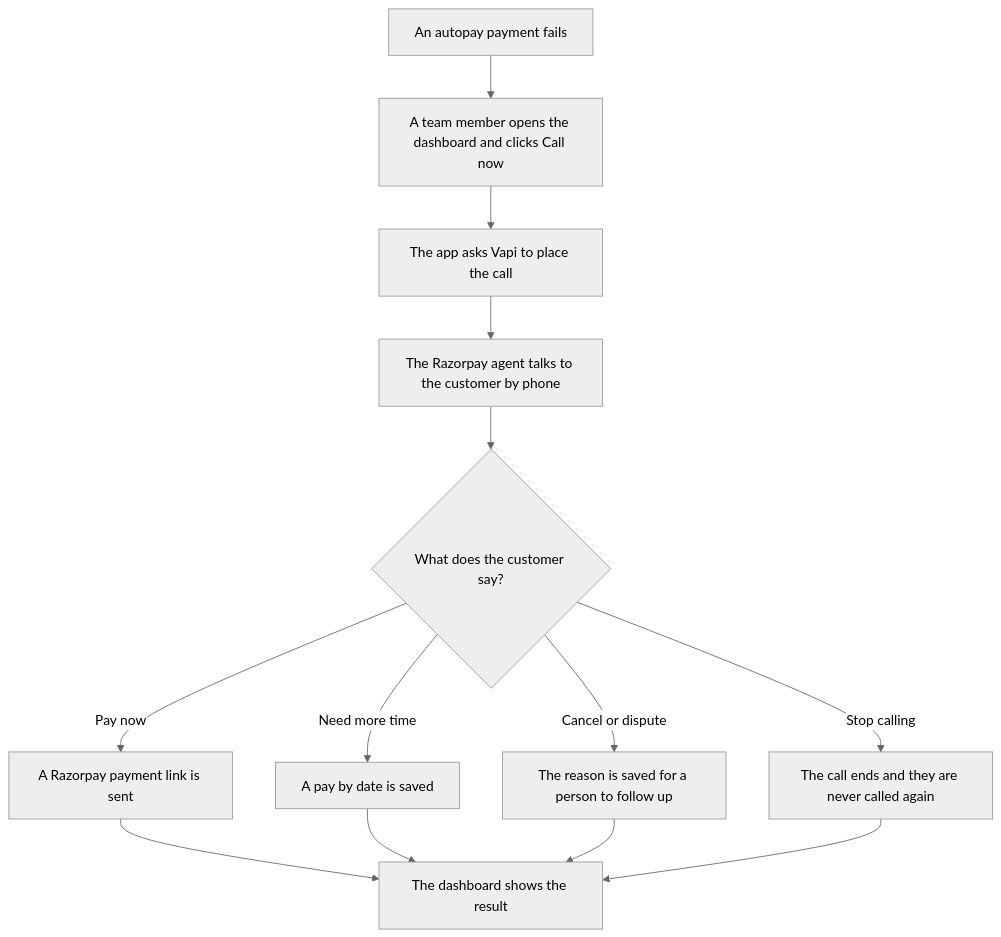
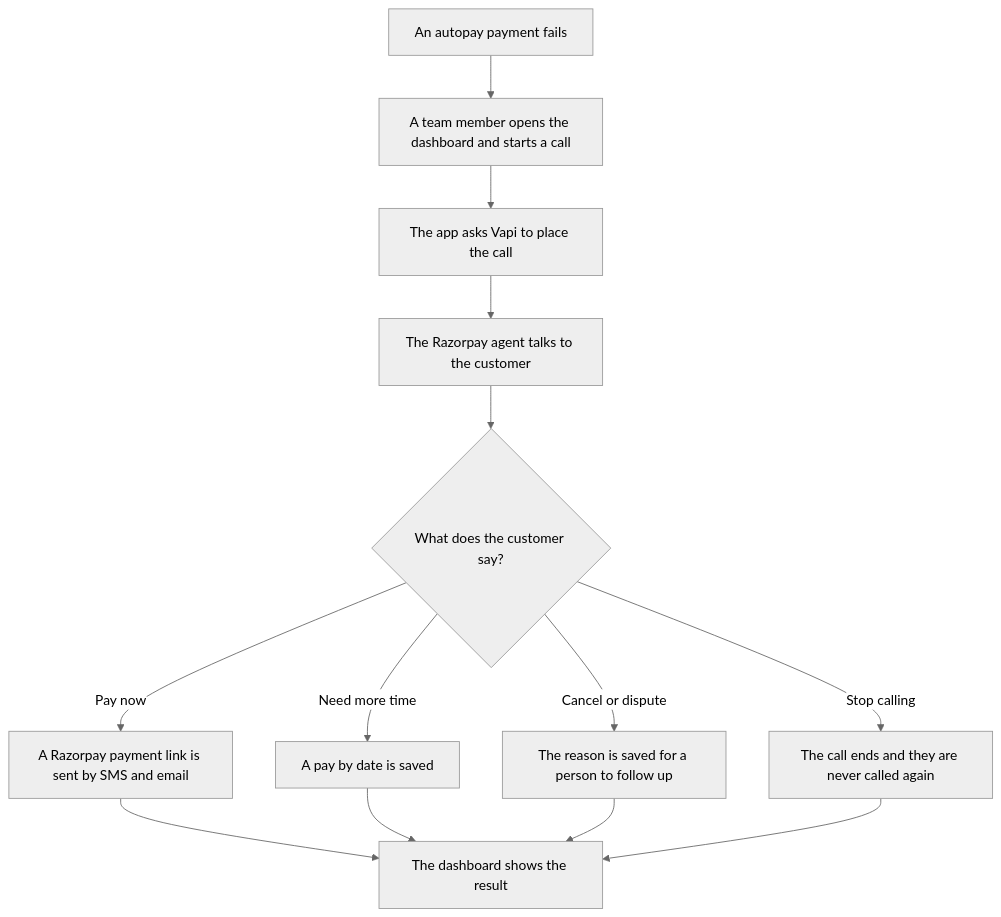
One commit to FlemingJohn/razorpay-recover changed the first of 2 diagrams in README.md. Above: the diagram before and after it, drawn with Mermaid (neutral theme). The commit also changed other lines of this file, not shown here.

````diff
--- a/README.md
+++ b/README.md
@@ -35,15 +48,15 @@
 ```mermaid
 flowchart TD
-    A[An autopay payment fails] --> B[A team member opens the dashboard and clicks Call now]
+    A[An autopay payment fails] --> B[A team member opens the dashboard and starts a call]
     B --> C[The app asks Vapi to place the call]
-    C --> D[The Razorpay agent talks to the customer by phone]
+    C --> D[The Razorpay agent talks to the customer]
     D --> E{What does the customer say?}
-    E -->|Pay now| F[A Razorpay payment link is sent]
+    E -->|Pay now| F[A Razorpay payment link is sent by SMS and email]
     E -->|Need more time| G[A pay by date is saved]
     E -->|Cancel or dispute| H[The reason is saved for a person to follow up]
     E -->|Stop calling| I[The call ends and they are never called again]
     F --> J[The dashboard shows the result]
     G --> J
     H --> J
     I --> J
 ```
````
